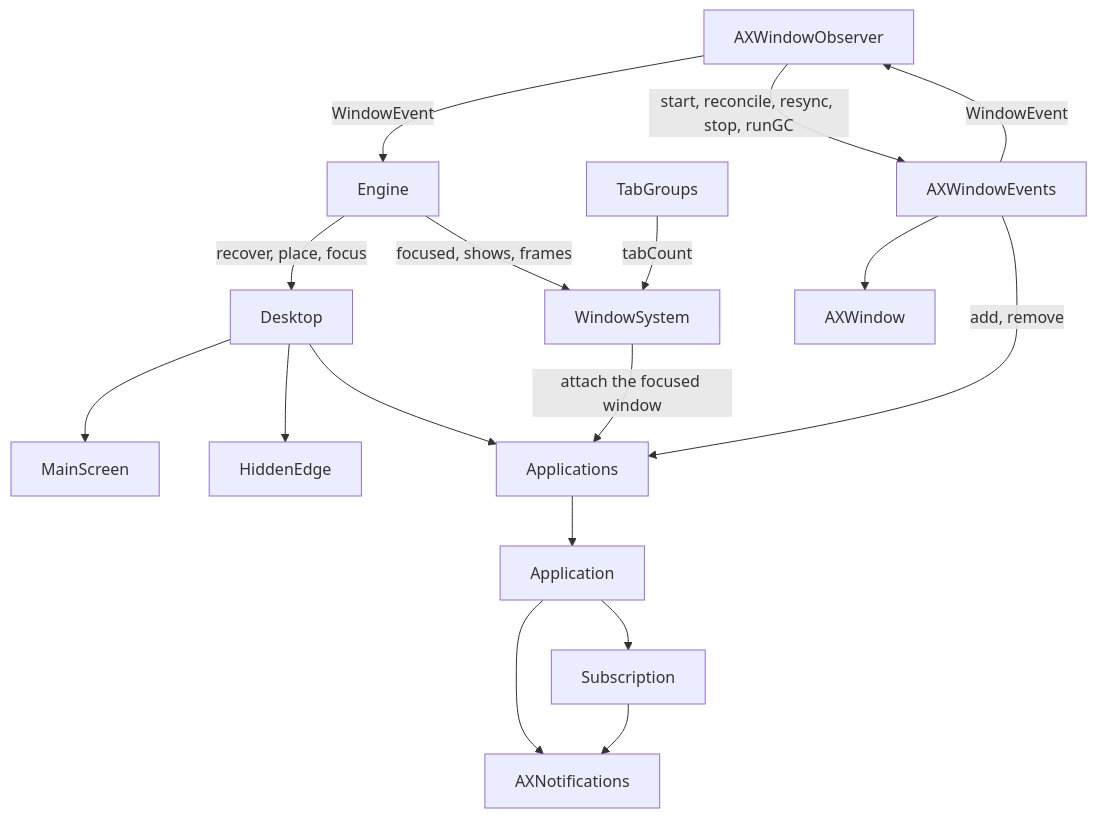
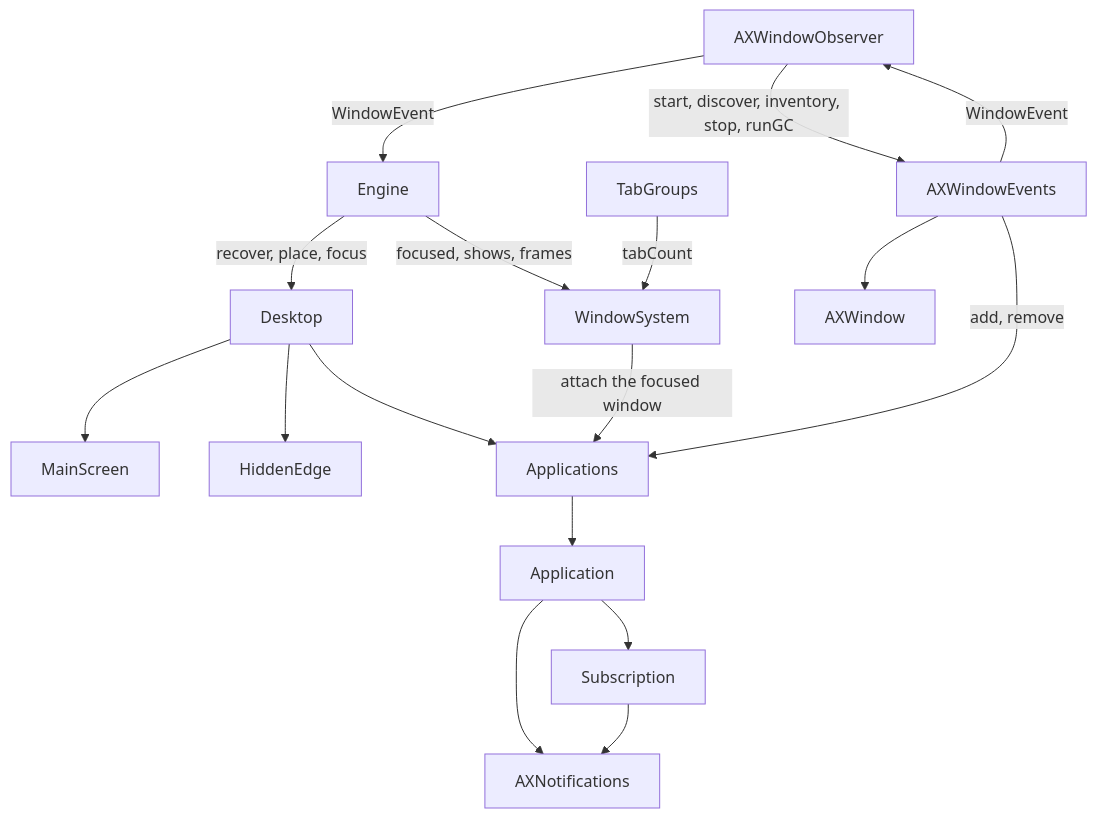
Before and after one commit to brennovich/ottowm: the fifth of 18 diagrams in ARCHITECTURE.md, drawn with Mermaid. The commit also changed other lines of this file and 4 other files, not shown here.

First line of the commit message:
Rename reconcile and resync to discover and inventory

````diff
--- a/ARCHITECTURE.md
+++ b/ARCHITECTURE.md
@@ -133,19 +133,19 @@
 ```mermaid
 flowchart TB
     Engine -->|recover, place, focus| Desktop
     Engine -->|focused, shows, frames| WindowSystem
     TabGroups -->|tabCount| WindowSystem
     AXWindowObserver -->|WindowEvent| Engine
     Desktop --> MainScreen
     Desktop --> HiddenEdge
     Desktop --> Applications
     WindowSystem -->|attach the focused window| Applications
-    AXWindowObserver -->|start, reconcile, resync, stop, runGC| AXWindowEvents
+    AXWindowObserver -->|start, discover, inventory, stop, runGC| AXWindowEvents
     AXWindowEvents -->|WindowEvent| AXWindowObserver
     AXWindowEvents -->|add, remove| Applications
     Applications --> Application
     Application --> Subscription
     Application --> AXNotifications
     Subscription --> AXNotifications
     AXWindowEvents --> AXWindow
 ```
````
